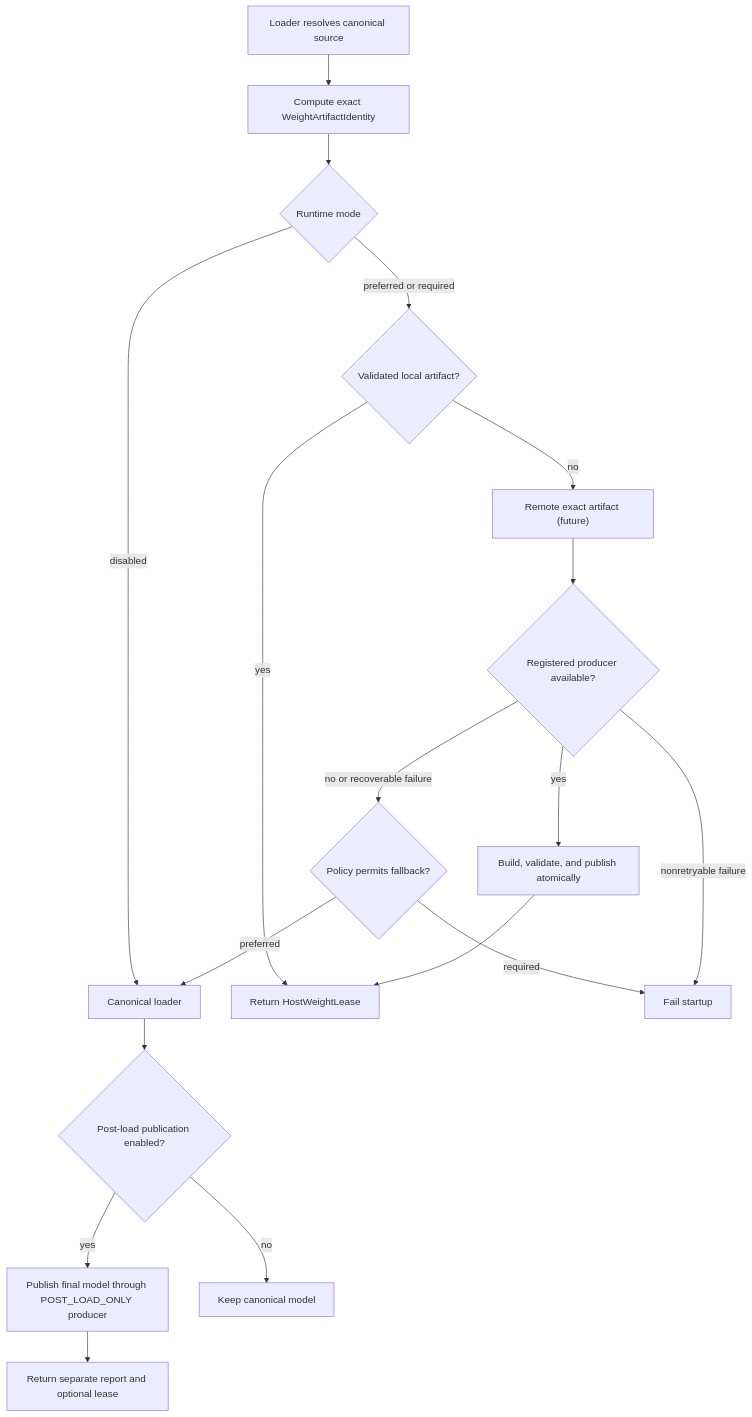
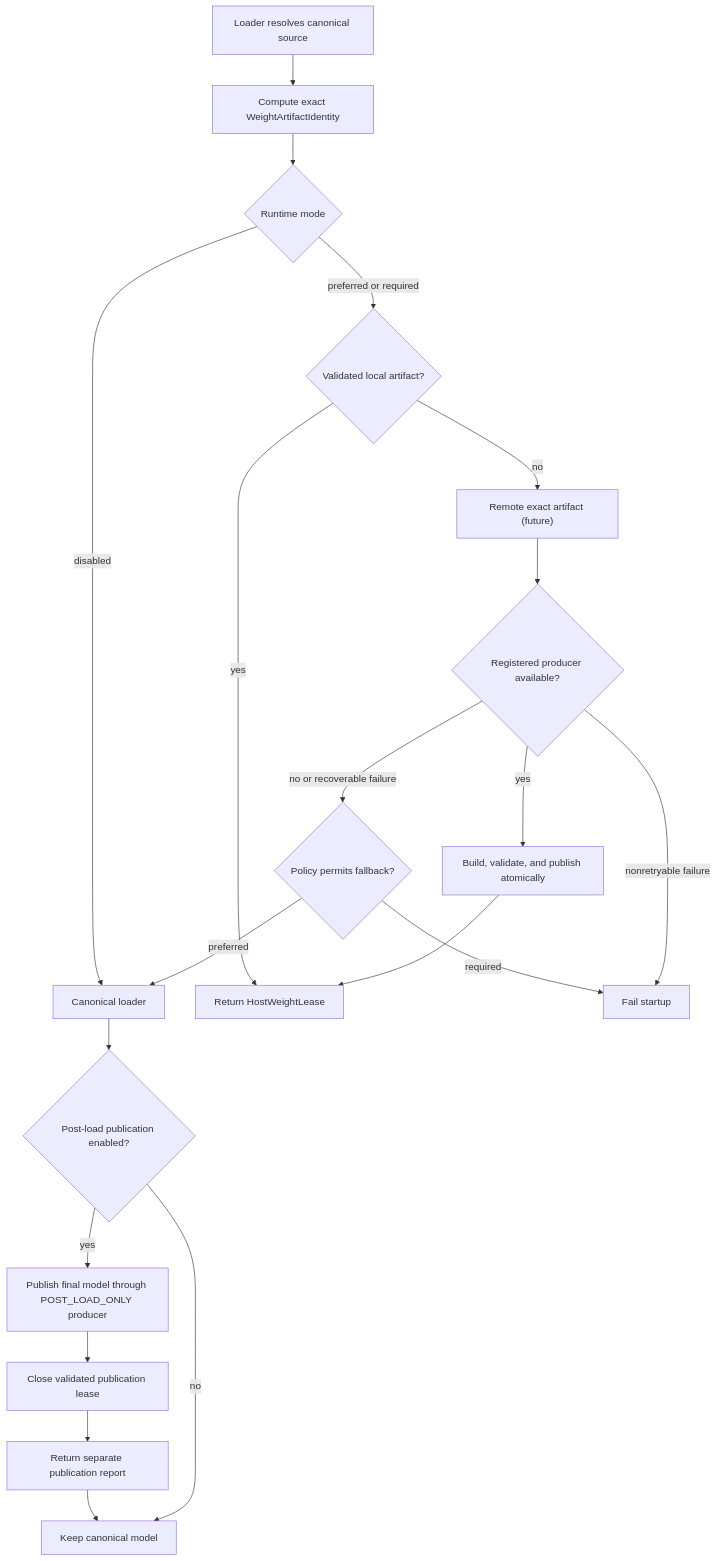
The first of 2 diagrams in docs/design/feature/host_weight_runtime.md (Asthenia0412/vllm-omni), drawn with Mermaid before and after one commit. The commit also changed other lines of this file and 5 other files, not shown here.

````diff
--- a/docs/design/feature/host_weight_runtime.md
+++ b/docs/design/feature/host_weight_runtime.md
@@ -72,20 +72,22 @@
 ```mermaid
 flowchart TD
     L["Loader resolves canonical source"] --> I["Compute exact WeightArtifactIdentity"]
     I --> M{"Runtime mode"}
     M -->|"disabled"| C["Canonical loader"]
     M -->|"preferred or required"| A{"Validated local artifact?"}
     A -->|"yes"| R["Return HostWeightLease"]
     A -->|"no"| X["Remote exact artifact (future)"]
     X --> P{"Registered producer available?"}
     P -->|"yes"| B["Build, validate, and publish atomically"]
     B --> R
     P -->|"no or recoverable failure"| F{"Policy permits fallback?"}
     F -->|"preferred"| C
     F -->|"required"| E["Fail startup"]
     P -->|"nonretryable failure"| E
     C --> W{"Post-load publication enabled?"}
     W -->|"yes"| B2["Publish final model through POST_LOAD_ONLY producer"]
-    B2 --> R2["Return separate report and optional lease"]
+    B2 --> CL["Close validated publication lease"]
+    CL --> R2["Return separate publication report"]
+    R2 --> D
     W -->|"no"| D["Keep canonical model"]
 ```
````
